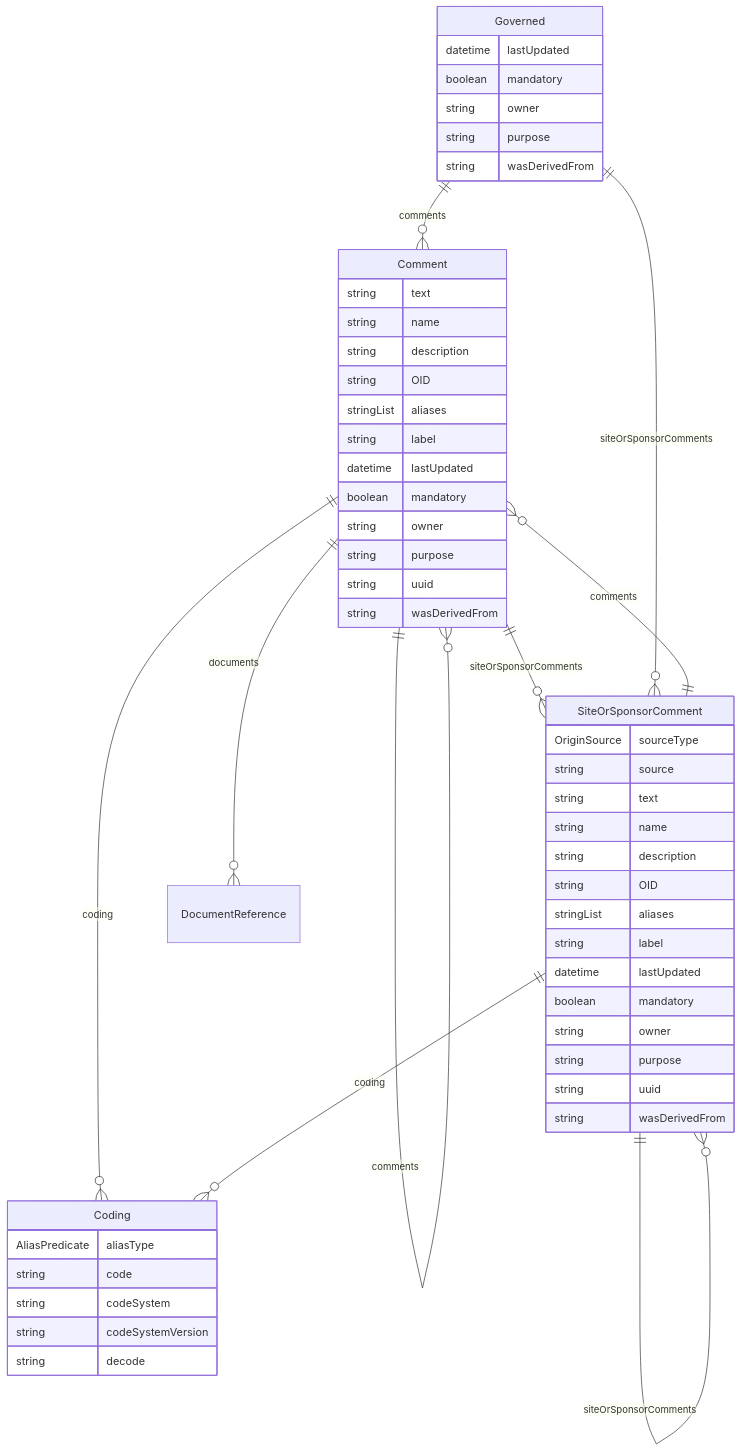
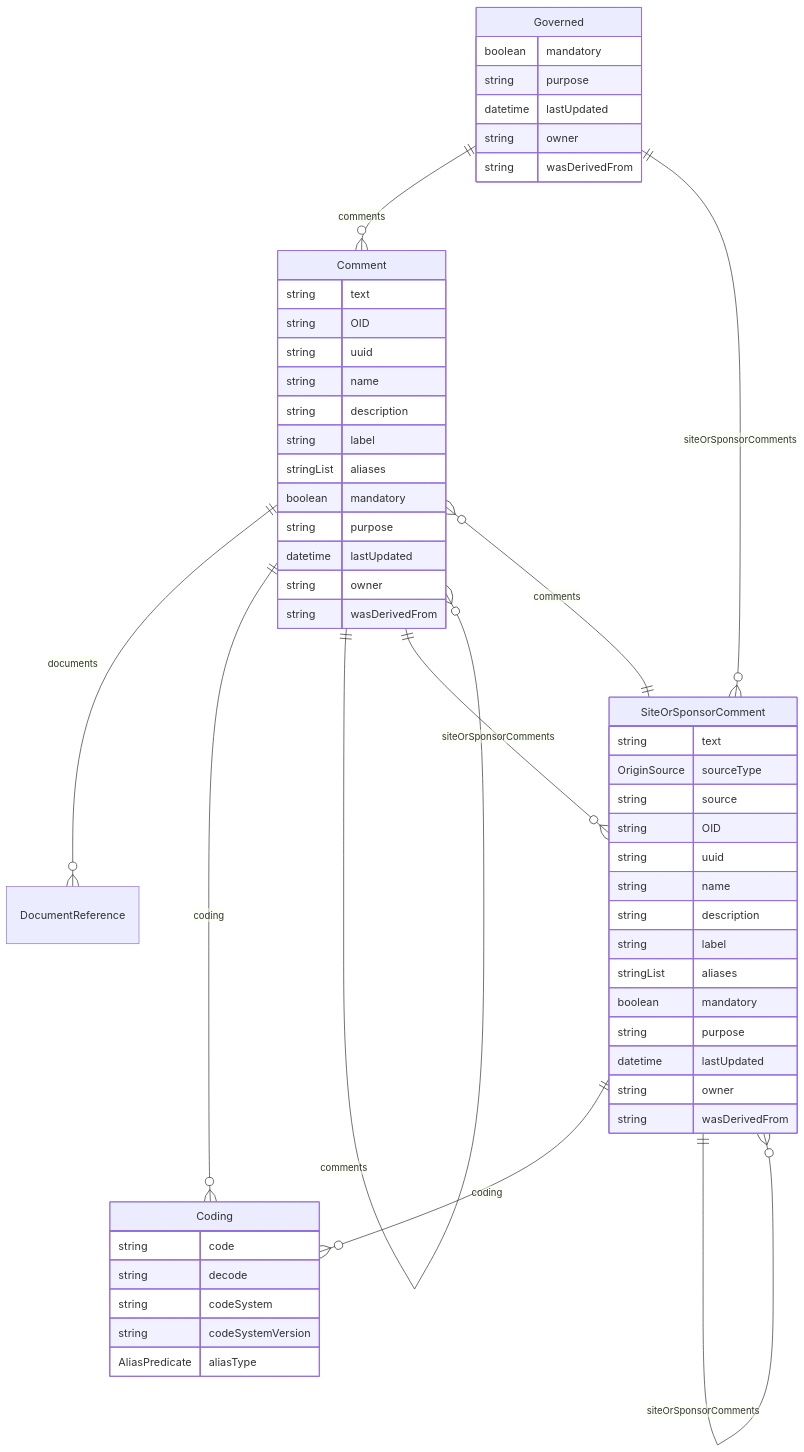
Before and after one commit to cdisc-org/DataExchange-DDS: the diagram in docs/classes/Governed.md, drawn with Mermaid. The commit also changed other lines of this file and 313 other files, not shown here.

````diff
--- a/docs/classes/Governed.md
+++ b/docs/classes/Governed.md
@@ -20,58 +15,58 @@
 ```mermaid
 erDiagram
-Coding {
-    AliasPredicate aliasType  
-    string code  
-    string codeSystem  
-    string codeSystemVersion  
-    string decode  
+Governed {
+    boolean mandatory  
+    string purpose  
+    datetime lastUpdated  
+    string owner  
+    string wasDerivedFrom  
+}
+SiteOrSponsorComment {
+    string text  
+    OriginSource sourceType  
+    string source  
+    string OID  
+    string uuid  
+    string name  
+    string description  
+    string label  
+    stringList aliases  
+    boolean mandatory  
+    string purpose  
+    datetime lastUpdated  
+    string owner  
+    string wasDerivedFrom  
 }
 Comment {
     string text  
+    string OID  
+    string uuid  
     string name  
     string description  
-    string OID  
+    string label  
     stringList aliases  
-    string label  
+    boolean mandatory  
+    string purpose  
     datetime lastUpdated  
-    boolean mandatory  
     string owner  
-    string purpose  
-    string uuid  
     string wasDerivedFrom  
 }
-Governed {
-    datetime lastUpdated  
-    boolean mandatory  
-    string owner  
-    string purpose  
-    string wasDerivedFrom  
-}
-SiteOrSponsorComment {
-    OriginSource sourceType  
-    string source  
-    string text  
-    string name  
-    string description  
-    string OID  
-    stringList aliases  
-    string label  
-    datetime lastUpdated  
-    boolean mandatory  
-    string owner  
-    string purpose  
-    string uuid  
-    string wasDerivedFrom  
+Coding {
+    string code  
+    string decode  
+    string codeSystem  
+    string codeSystemVersion  
+    AliasPredicate aliasType  
 }
 
-Comment ||--}o Coding : "coding"
-Comment ||--}o Comment : "comments"
-Comment ||--}o DocumentReference : "documents"
-Comment ||--}o SiteOrSponsorComment : "siteOrSponsorComments"
 Governed ||--}o Comment : "comments"
 Governed ||--}o SiteOrSponsorComment : "siteOrSponsorComments"
 SiteOrSponsorComment ||--}o Coding : "coding"
 SiteOrSponsorComment ||--}o Comment : "comments"
 SiteOrSponsorComment ||--}o SiteOrSponsorComment : "siteOrSponsorComments"
+Comment ||--}o DocumentReference : "documents"
+Comment ||--}o Coding : "coding"
+Comment ||--}o Comment : "comments"
+Comment ||--}o SiteOrSponsorComment : "siteOrSponsorComments"
 
 ```
````
